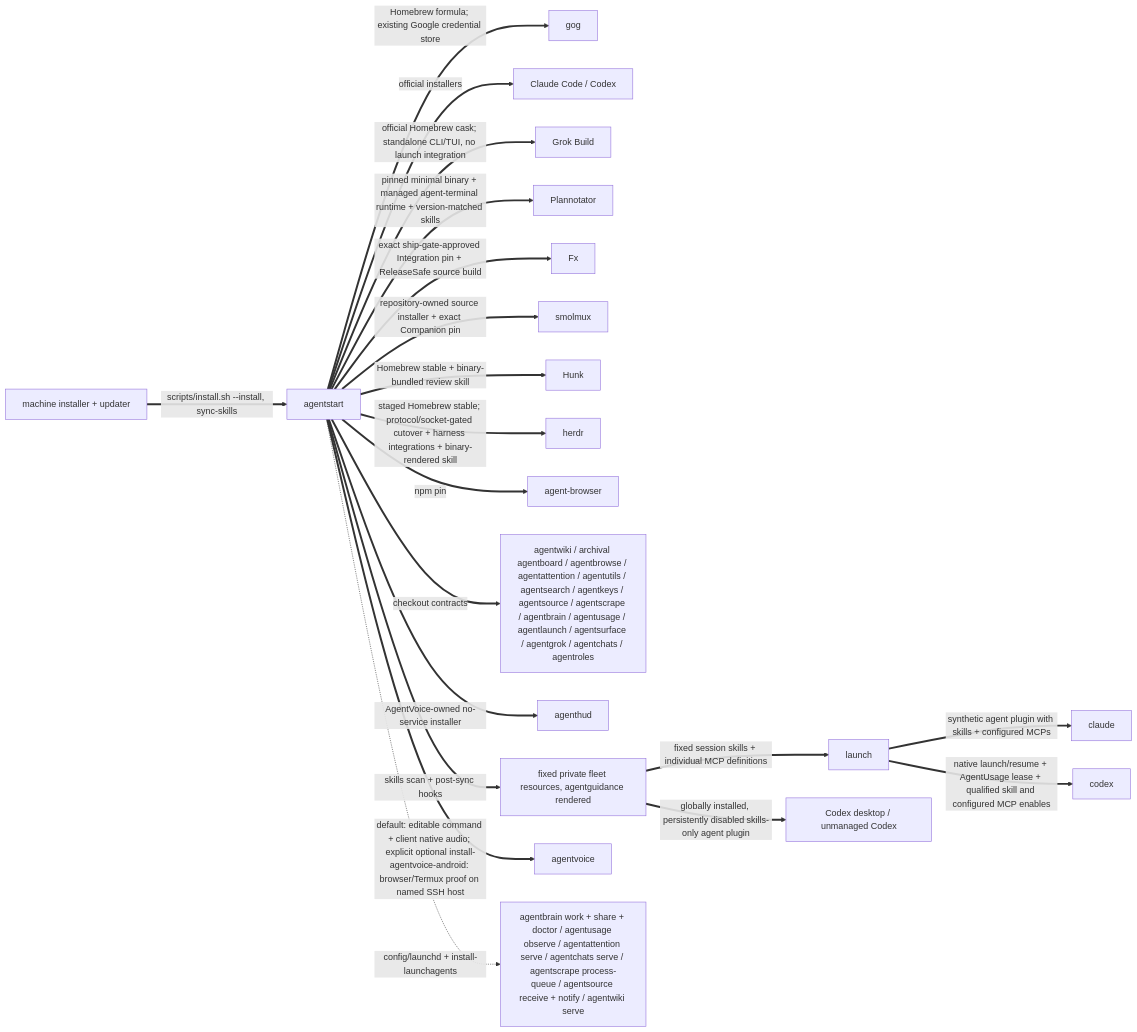
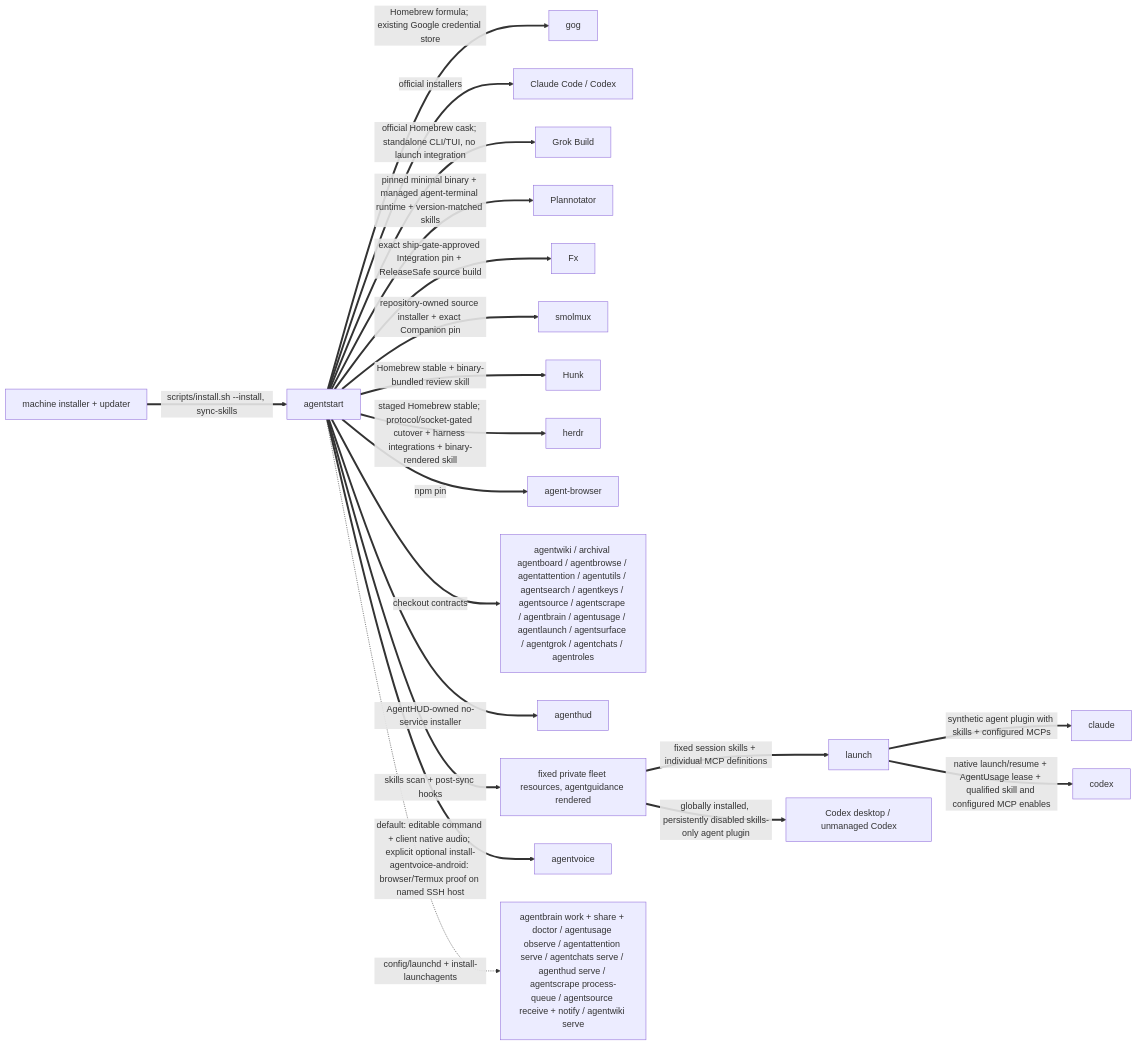
One commit to possibilities/agentstart changed the second of 3 diagrams in skills/fleet/MAP.md. Above: the diagram before and after it, drawn with Mermaid. The commit also changed other lines of this file and 12 other files, not shown here.

Commit message:
Keep AgentHUD resident under AgentStart

````diff
--- a/skills/fleet/MAP.md
+++ b/skills/fleet/MAP.md
@@ -102,25 +103,25 @@
 ```mermaid
 flowchart LR
     machine[machine installer + updater]
     start[agentstart]
 
     machine ==>|scripts/install.sh --install, sync-skills| start
     start ==>|Homebrew formula; existing Google credential store| gog
     start ==>|official installers| harnesses[Claude Code / Codex]
     start ==>|official Homebrew cask; standalone CLI/TUI, no launch integration| grok[Grok Build]
     start ==>|pinned minimal binary + managed agent-terminal runtime + version-matched skills| plannotator[Plannotator]
     start ==>|exact ship-gate-approved Integration pin + ReleaseSafe source build| fx[Fx]
     start ==>|repository-owned source installer + exact Companion pin| smolmuxInstall[smolmux]
     start ==>|Homebrew stable + binary-bundled review skill| hunk[Hunk]
     start ==>|staged Homebrew stable; protocol/socket-gated cutover + harness integrations + binary-rendered skill| herdrInstall[herdr]
     start ==>|npm pin| browser[agent-browser]
     start ==>|checkout contracts| fleet[agentwiki / archival agentboard / agentbrowse / agentattention / agentutils / agentsearch / agentkeys / agentsource / agentscrape / agentbrain / agentusage / agentlaunch / agentsurface / agentgrok / agentchats / agentroles]
-    start ==>|AgentVoice-owned no-service installer| hudInstall[agenthud]
+    start ==>|AgentHUD-owned no-service installer| hudInstall[agenthud]
     start ==>|skills scan + post-sync hooks| skills[fixed private fleet resources, agentguidance rendered]
     start ==>|default: editable command + client native audio; explicit optional install-agentvoice-android: browser/Termux proof on named SSH host| voiceInstall[agentvoice]
     skills ==>|fixed session skills + individual MCP definitions| launch
     launch ==>|synthetic agent plugin with skills + configured MCPs| claude
     launch ==>|native launch/resume + AgentUsage lease + qualified skill and configured MCP enables| codex
     skills ==>|globally installed, persistently disabled skills-only agent plugin| codexDesktop[Codex desktop / unmanaged Codex]
-    start -.->|config/launchd + install-launchagents| services[agentbrain work + share + doctor / agentusage observe / agentattention serve / agentchats serve / agentscrape process-queue / agentsource receive + notify / agentwiki serve]
+    start -.->|config/launchd + install-launchagents| services[agentbrain work + share + doctor / agentusage observe / agentattention serve / agentchats serve / agenthud serve / agentscrape process-queue / agentsource receive + notify / agentwiki serve]
 ```
````
